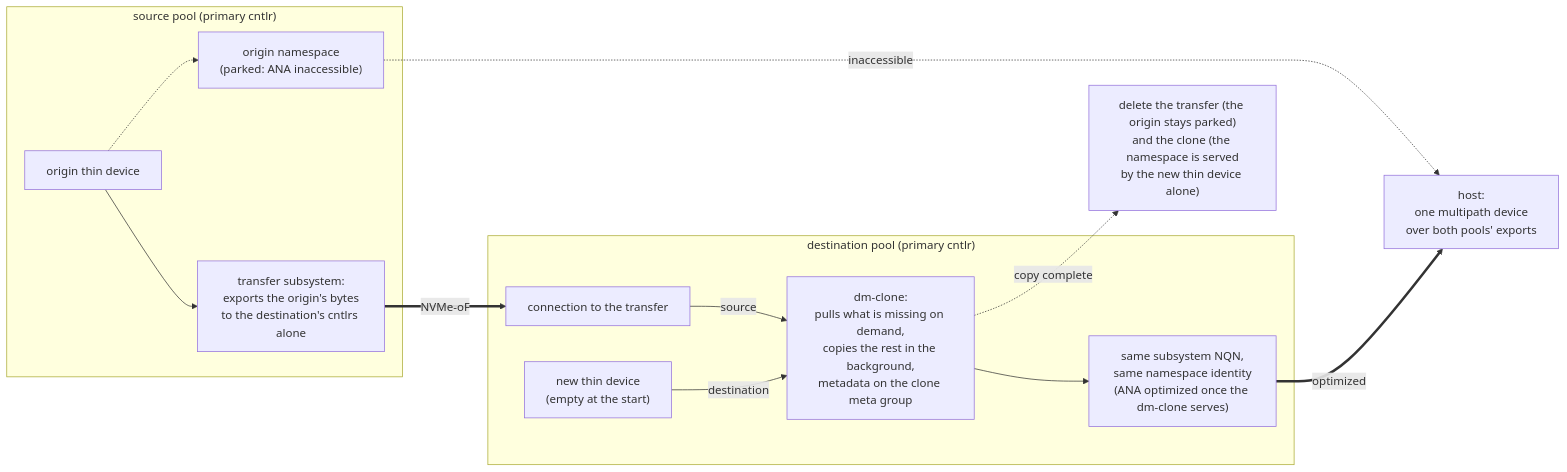
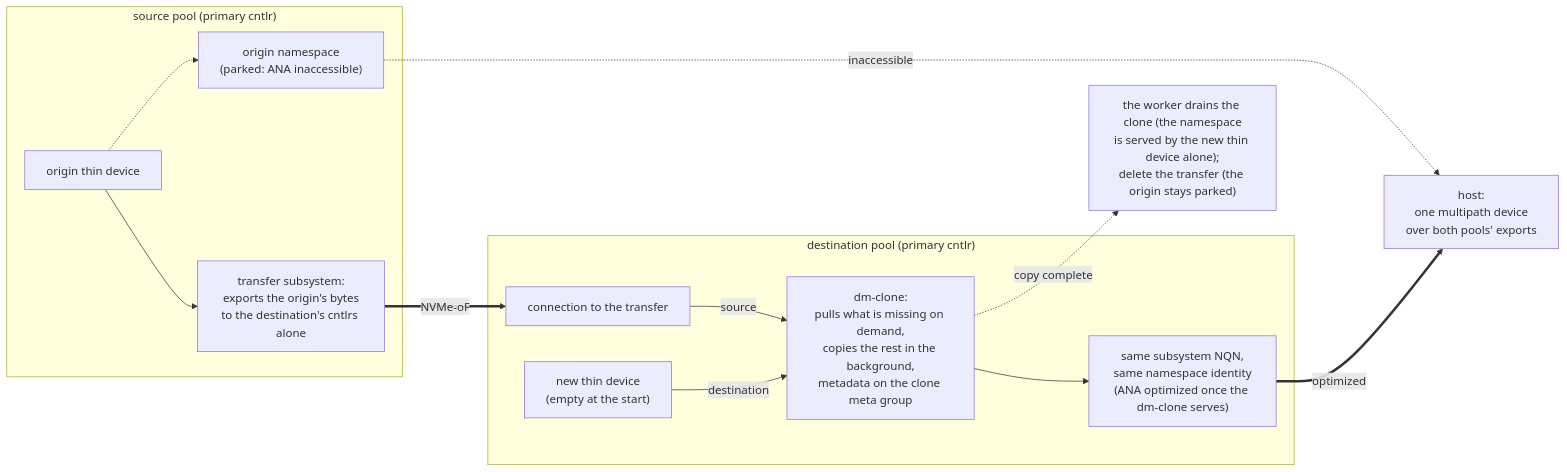
One commit to distributed-nvme/distributed-nvme changed the sixth of 6 diagrams in doc/human/introduction.md. Above: the diagram before and after it, drawn with Mermaid. The commit also changed other lines of this file and 25 other files, not shown here.

````diff
--- a/doc/human/introduction.md
+++ b/doc/human/introduction.md
@@ -281,24 +282,24 @@
 ```mermaid
 flowchart LR
     subgraph src["source pool (primary cntlr)"]
         OT["origin thin device"]
         ON["origin namespace<br/>(parked: ANA inaccessible)"]
         TX["transfer subsystem:<br/>exports the origin's bytes<br/>to the destination's cntlrs alone"]
         OT --> TX
         OT -.-> ON
     end
     subgraph dst["destination pool (primary cntlr)"]
         SC["connection to the transfer"]
         DC["dm-clone:<br/>pulls what is missing on demand,<br/>copies the rest in the background,<br/>metadata on the clone meta group"]
         DT["new thin device<br/>(empty at the start)"]
         DNS["same subsystem NQN,<br/>same namespace identity<br/>(ANA optimized once the dm-clone serves)"]
         SC -->|"source"| DC
         DT -->|"destination"| DC
         DC --> DNS
     end
     TX ==>|"NVMe-oF"| SC
     H["host:<br/>one multipath device<br/>over both pools' exports"]
     ON -.->|"inaccessible"| H
     DNS ==>|"optimized"| H
-    DC -.->|"copy complete"| FIN["delete the transfer (the origin stays parked)<br/>and the clone (the namespace is served<br/>by the new thin device alone)"]
+    DC -.->|"copy complete"| FIN["the worker drains the clone (the namespace<br/>is served by the new thin device alone);<br/>delete the transfer (the origin stays parked)"]
 ```
````
